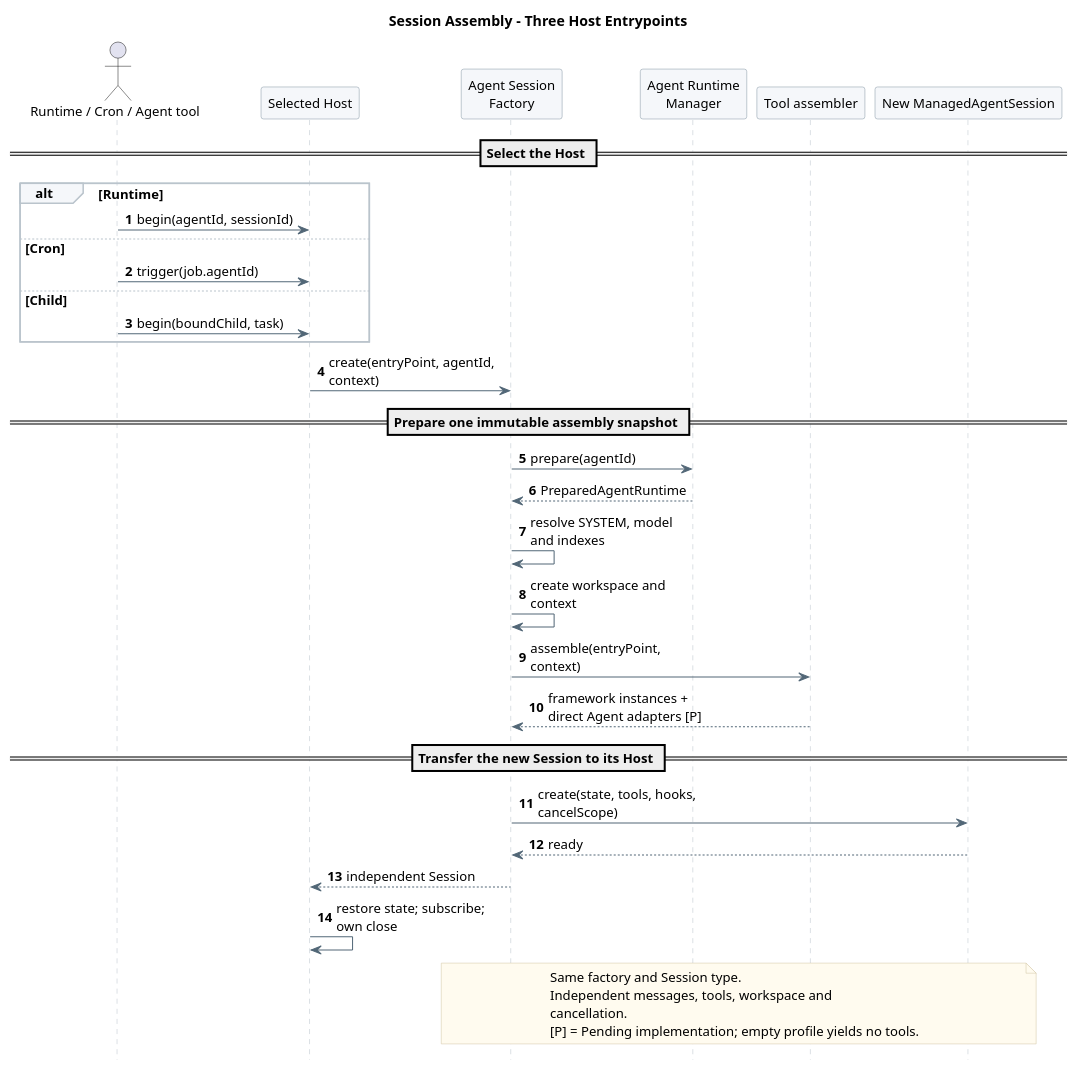
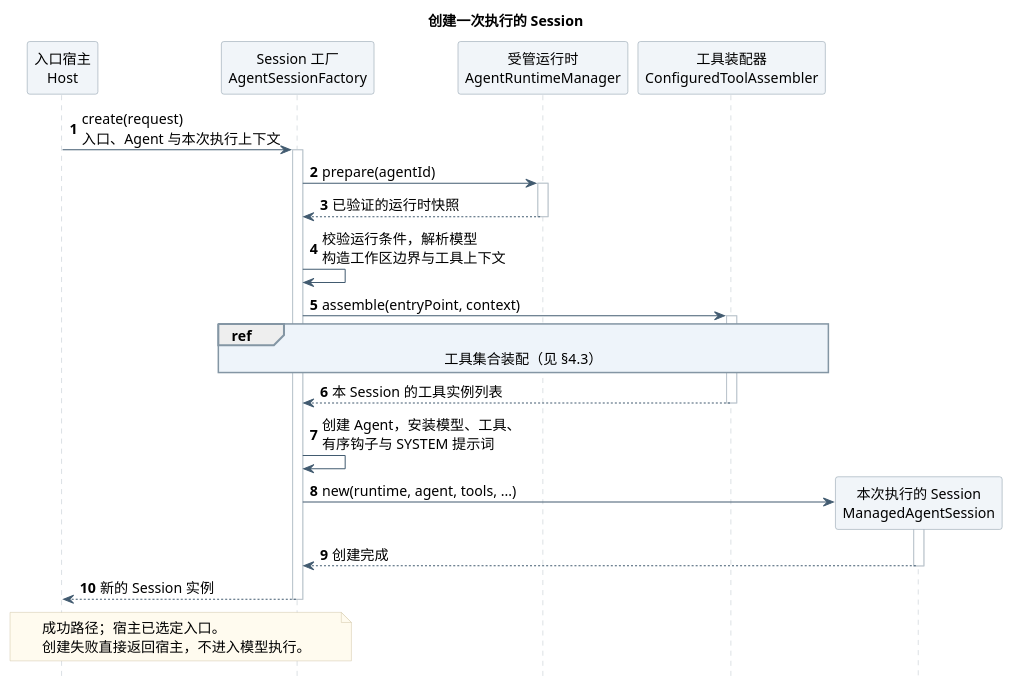
Before and after one commit to ssm0808/pi-mono-java-design: the second of 13 diagrams in 01-总体架构/02-CampusClaw工具系统/diagram.puml, drawn with PlantUML. The commit also changed other lines of this file and 15 other files, not shown here.

```diff
--- a/01-总体架构/02-CampusClaw工具系统/diagram.puml
+++ b/01-总体架构/02-CampusClaw工具系统/diagram.puml
@@ -140,60 +140,54 @@
 @startuml agent_session_assembly
 skinparam backgroundColor white
-skinparam defaultFontName SansSerif
-skinparam defaultFontSize 13
+skinparam defaultFontName "PingFang SC"
+skinparam defaultFontSize 14
 skinparam shadowing false
 skinparam sequenceMessageAlign left
-skinparam maxMessageSize 165
-skinparam sequenceArrowColor #526777
+skinparam maxMessageSize 210
+skinparam sequenceArrowColor #425B70
 skinparam sequenceLifeLineBorderColor #BAC4CC
-skinparam sequenceParticipantBackgroundColor #F5F7FA
+skinparam sequenceParticipantBackgroundColor #F1F5F9
 skinparam sequenceParticipantBorderColor #8496A4
-skinparam sequenceGroupBackgroundColor #F5F7FA
+skinparam sequenceGroupBackgroundColor #FAFBFC
 skinparam sequenceGroupBorderColor #BAC4CC
+skinparam sequenceReferenceBackgroundColor #EEF4FA
+skinparam sequenceReferenceBorderColor #8496A4
 skinparam noteBackgroundColor #FFFBEF
 skinparam noteBorderColor #D2C6A5
 hide footbox
 autonumber
-' Source evidence (CampusClaw d649866):
+' Source evidence (CampusClaw fb842b1ac6cb4818f6b146f79dd184a5cd88bf12, checked 2026-09-21):
+
+' modules/coding-agent-cli/src/main/java/com/campusclaw/codingagent/session/AgentSessionFactory.java: create, configureAgent, applyPrompt
 ' modules/coding-agent-cli/src/main/java/com/campusclaw/codingagent/runtime/AgentRuntimeManager.java: prepare
-' modules/coding-agent-cli/src/main/java/com/campusclaw/codingagent/runtimeapi/runtime/RuntimeSessionEngineRegistry.java
-' modules/coding-agent-cli/src/main/java/com/campusclaw/codingagent/session/AgentSession.java: initialize
-' Observed behavior: current entry paths do not share one small session factory.
-' Design reason: parent and child use the same AgentSession type and factory but
-' receive different instances, state, workspaces, tools, and cancellation scopes.
-title Session Assembly - Three Host Entrypoints
+' Observed behavior: the common factory prepares the runtime, configures an Agent, then creates its ManagedAgentSession.
+' Design reason: show the common creation boundary; entry-specific admission and lifecycle are outside this interaction.
+' Pending implementation: new Skill/CallTool entries and direct business adapters, expanded in tool_set_assembly.
+' Chinese labels are explicitly requested for these sequence diagrams on 2026-09-21.
+title 创建一次执行的 Session
 
-actor "Runtime / Cron / Agent tool" as Caller
-participant "Selected Host" as Host
-participant "Agent Session\nFactory" as Factory
-participant "Agent Runtime\nManager" as Manager
-participant "Tool assembler" as Tools
-participant "New ManagedAgentSession" as Session
-== Select the Host ==
-alt Runtime
-  Caller -> Host : begin(agentId, sessionId)
-else Cron
-  Caller -> Host : trigger(job.agentId)
-else Child
-  Caller -> Host : begin(boundChild, task)
-end
-Host -> Factory : create(entryPoint, agentId, context)
-== Prepare one immutable assembly snapshot ==
-Factory -> Manager : prepare(agentId)
-Manager --> Factory : PreparedAgentRuntime
-Factory -> Factory : resolve SYSTEM, model and indexes
-Factory -> Factory : create workspace and context
-Factory -> Tools : assemble(entryPoint, context)
-Tools --> Factory : framework instances + direct Agent adapters [P]
-== Transfer the new Session to its Host ==
-Factory -> Session : create(state, tools, hooks, cancelScope)
-Session --> Factory : ready
-Factory --> Host : independent Session
-Host -> Host : restore state; subscribe; own close
-note over Factory,Session
-  Same factory and Session type.
-  Independent messages, tools, workspace and
-  cancellation.
-  [P] = Pending implementation; empty profile yields no tools.
+participant "入口宿主\nHost" as Host
+participant "Session 工厂\nAgentSessionFactory" as Factory
+participant "受管运行时\nAgentRuntimeManager" as Manager
+participant "工具装配器\nConfiguredToolAssembler" as Tools
+
+Host -> Factory ++ : create(request)\n入口、Agent 与本次执行上下文
+Factory -> Manager ++ : prepare(agentId)
+Manager --> Factory -- : 已验证的运行时快照
+Factory -> Factory : 校验运行条件，解析模型\n构造工作区边界与工具上下文
+Factory -> Tools ++ : assemble(entryPoint, context)
+ref over Factory, Tools
+  工具集合装配（见 §4.3）
+end ref
+Tools --> Factory -- : 本 Session 的工具实例列表
+Factory -> Factory : 创建 Agent，安装模型、工具、\n有序钩子与 SYSTEM 提示词
+create participant "本次执行的 Session\nManagedAgentSession" as Session
+Factory -> Session ++ : new(runtime, agent, tools, ...)
+Session --> Factory -- : 创建完成
+Factory --> Host -- : 新的 Session 实例
+
+note over Host, Factory
+  成功路径；宿主已选定入口。
+  创建失败直接返回宿主，不进入模型执行。
 end note
 @enduml
```
